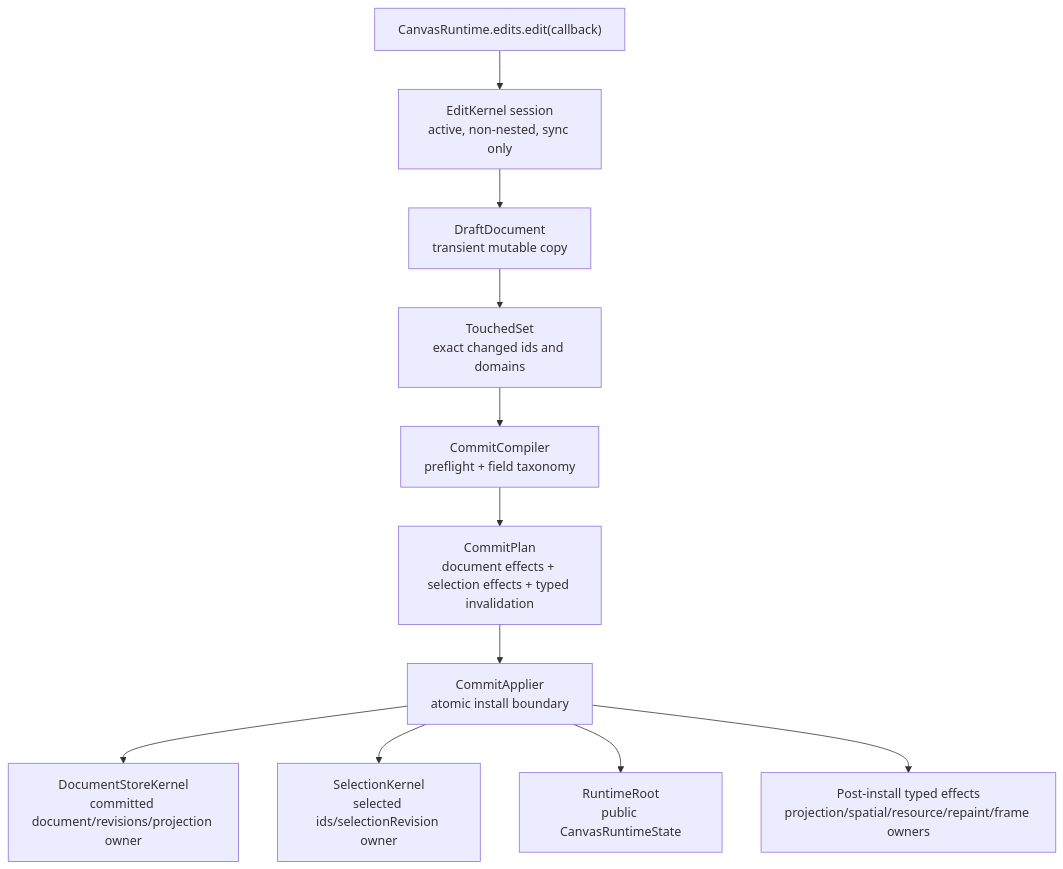
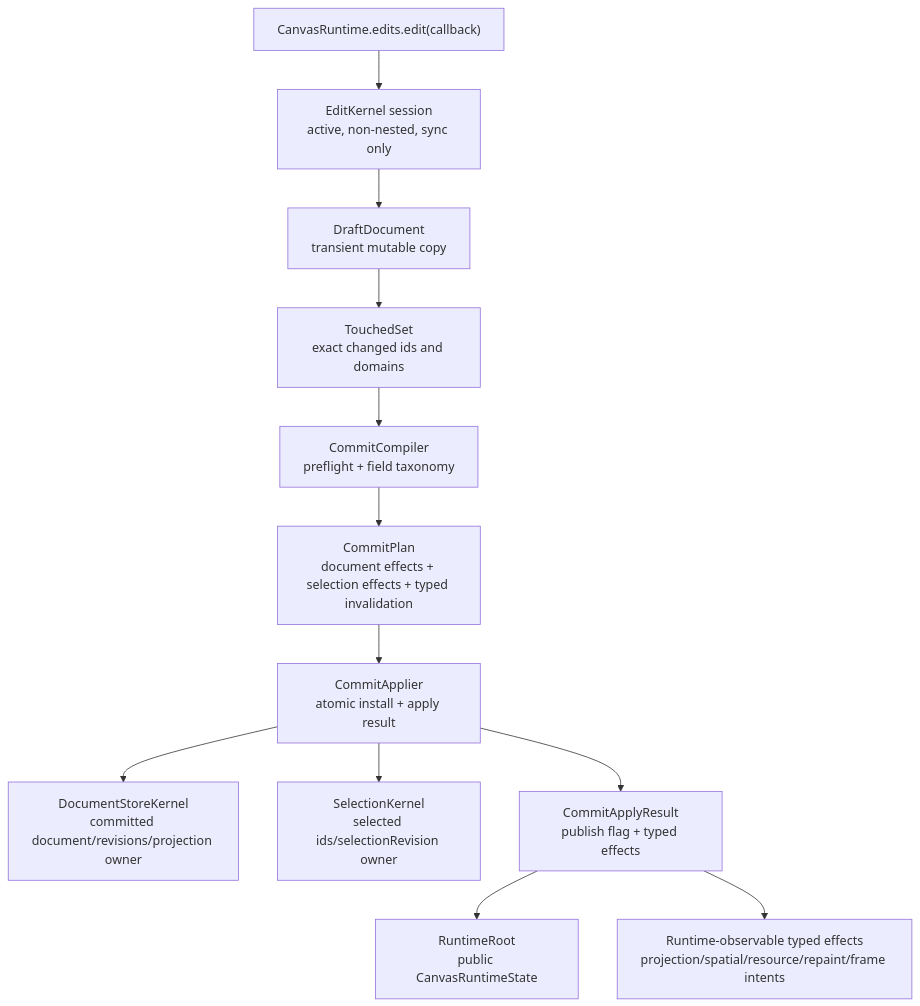
One commit to GreatPika/iwb_canvas_engine changed the second of 4 diagrams in .design/2026-05-24-p5-edit-core.md. Above: the diagram before and after it, drawn with Mermaid. The commit also changed other lines of this file, not shown here.

````diff
--- a/.design/2026-05-24-p5-edit-core.md
+++ b/.design/2026-05-24-p5-edit-core.md
@@ -395,20 +433,22 @@
 ```mermaid
 flowchart TD
   Public["CanvasRuntime.edits.edit(callback)"]
   Session["EditKernel session\nactive, non-nested, sync only"]
   Draft["DraftDocument\ntransient mutable copy"]
   Touch["TouchedSet\nexact changed ids and domains"]
   Compile["CommitCompiler\npreflight + field taxonomy"]
   Plan["CommitPlan\ndocument effects + selection effects + typed invalidation"]
-  Apply["CommitApplier\natomic install boundary"]
+  Apply["CommitApplier\natomic install + apply result"]
   Store["DocumentStoreKernel\ncommitted document/revisions/projection owner"]
   Select["SelectionKernel\nselected ids/selectionRevision owner"]
+  Result["CommitApplyResult\npublish flag + typed effects"]
   State["RuntimeRoot\npublic CanvasRuntimeState"]
-  Effects["Post-install typed effects\nprojection/spatial/resource/repaint/frame owners"]
+  Effects["Runtime-observable typed effects\nprojection/spatial/resource/repaint/frame intents"]
 
   Public --> Session --> Draft --> Touch --> Compile --> Plan --> Apply
   Apply --> Store
   Apply --> Select
-  Apply --> State
-  Apply --> Effects
+  Apply --> Result
+  Result --> State
+  Result --> Effects
 ```
````
